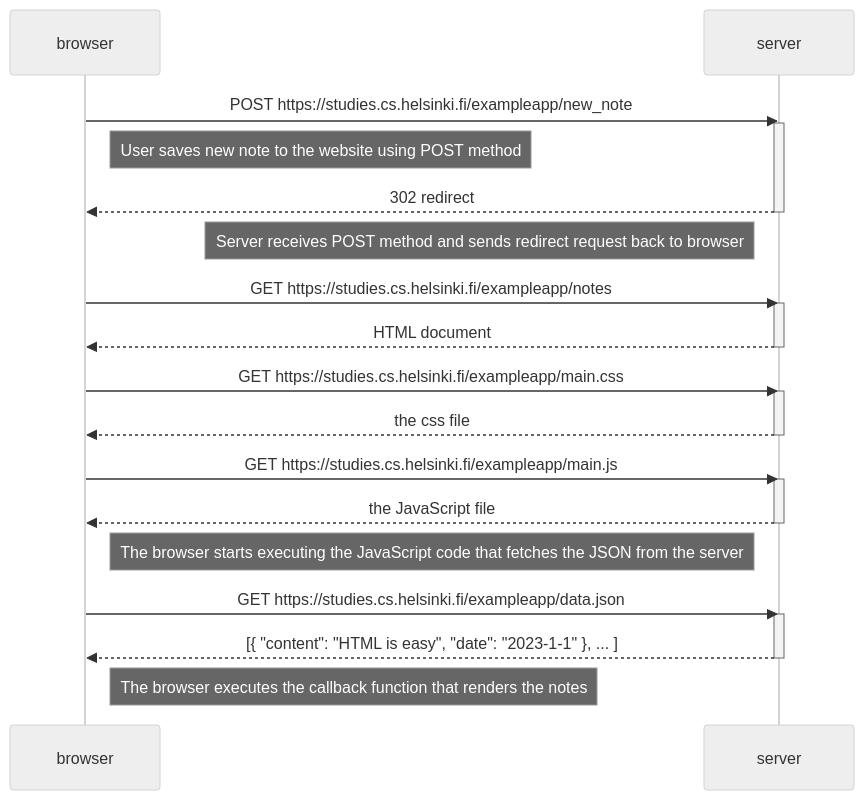
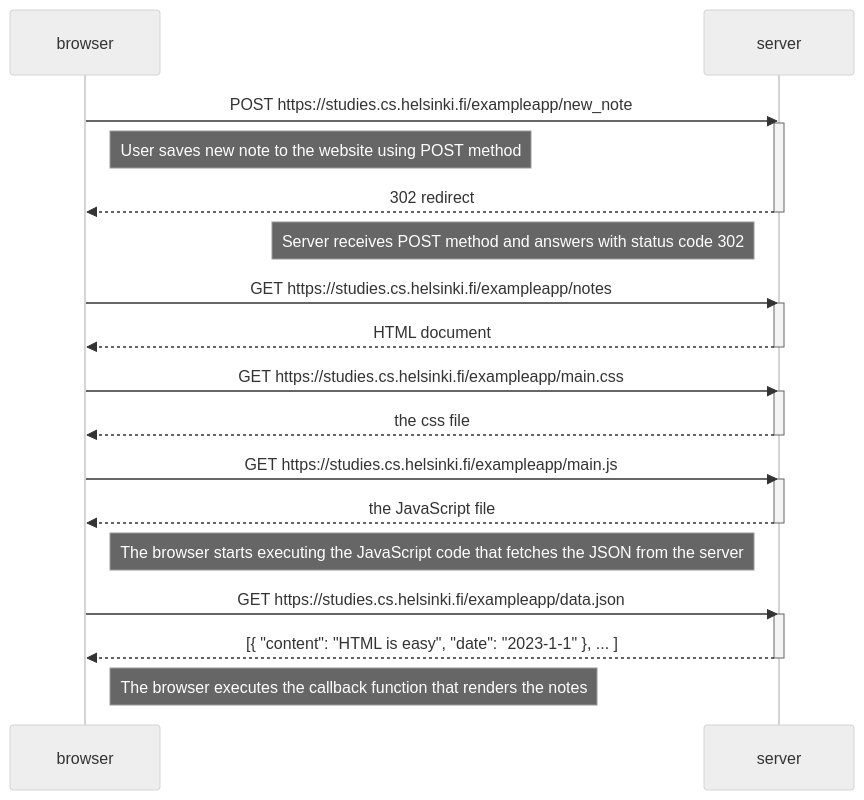
The diagram in Tehtävä 0.4.md (Waltter2211/Full-stack-palautus), drawn with Mermaid (neutral theme) before and after one commit.

Commit message:
Update Tehtävä 0.4.md

````diff
--- a/Tehtävä 0.4.md
+++ b/Tehtävä 0.4.md
@@ -1,35 +1,35 @@
 ```mermaid
 sequenceDiagram
     participant browser
     participant server
     
     browser->>server: POST https://studies.cs.helsinki.fi/exampleapp/new_note
     activate server
     Note right of browser: User saves new note to the website using POST method
     server-->>browser: 302 redirect
     deactivate server
-    Note left of server: Server receives POST method and sends redirect request back to browser
+    Note left of server: Server receives POST method and answers with status code 302
     browser->>server: GET https://studies.cs.helsinki.fi/exampleapp/notes
     activate server
     server-->>browser: HTML document
     deactivate server
     
     browser->>server: GET https://studies.cs.helsinki.fi/exampleapp/main.css
     activate server
     server-->>browser: the css file
     deactivate server
     
     browser->>server: GET https://studies.cs.helsinki.fi/exampleapp/main.js
     activate server
     server-->>browser: the JavaScript file
     deactivate server
     
     Note right of browser: The browser starts executing the JavaScript code that fetches the JSON from the server
     
     browser->>server: GET https://studies.cs.helsinki.fi/exampleapp/data.json
     activate server
     server-->>browser: [{ "content": "HTML is easy", "date": "2023-1-1" }, ... ]
     deactivate server    
 
     Note right of browser: The browser executes the callback function that renders the notes 
 ```
````
